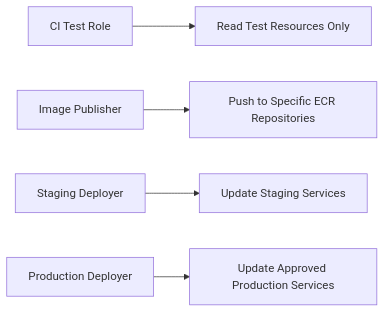
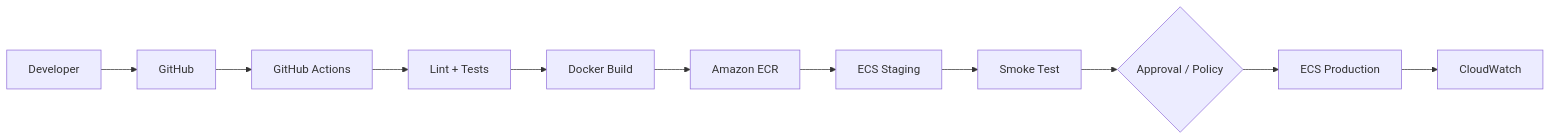
One commit to AvadhBhalodiya/Interview-Preparation changed the ninth of 10 diagrams in src/content/devops/cicd-pipelines.md. Above: the diagram before and after it, drawn with Mermaid. The commit also changed other lines of this file and 54 other files, not shown here.

````diff
--- a/src/content/devops/cicd-pipelines.md
+++ b/src/content/devops/cicd-pipelines.md
@@ -1042,7 +596,13 @@
 ```mermaid
 flowchart LR
-    A[CI Test Role] --> B[Read Test Resources Only]
-    C[Image Publisher] --> D[Push to Specific ECR Repositories]
-    E[Staging Deployer] --> F[Update Staging Services]
-    G[Production Deployer] --> H[Update Approved Production Services]
+    DEV[Developer] --> GH[GitHub]
+    GH --> CI[GitHub Actions]
+    CI --> TEST[Lint + Tests]
+    TEST --> IMG[Docker Build]
+    IMG --> ECR[Amazon ECR]
+    ECR --> STG[ECS Staging]
+    STG --> SMOKE[Smoke Test]
+    SMOKE --> GATE{Approval / Policy}
+    GATE --> PROD[ECS Production]
+    PROD --> CW[CloudWatch]
 ```
````
